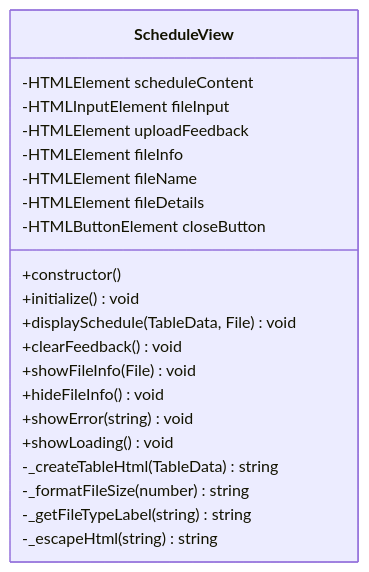
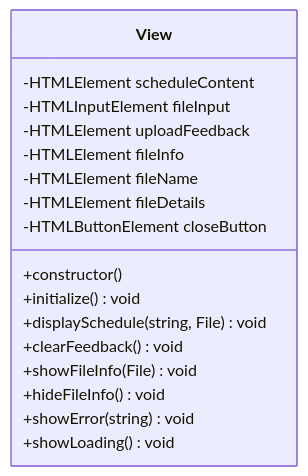
Before and after one commit to ahmetcankaratas/transformer: the fourth of 4 diagrams in HW1/JavaScript/README.md, drawn with Mermaid. The commit also changed other lines of this file, not shown here.

````diff
--- a/HW1/JavaScript/README.md
+++ b/HW1/JavaScript/README.md
@@ -124,24 +123,20 @@
 ```mermaid
 classDiagram
-    class ScheduleView {
+    class View {
         -HTMLElement scheduleContent
         -HTMLInputElement fileInput
         -HTMLElement uploadFeedback
         -HTMLElement fileInfo
         -HTMLElement fileName
         -HTMLElement fileDetails
         -HTMLButtonElement closeButton
         +constructor()
         +initialize() void
-        +displaySchedule(TableData, File) void
+        +displaySchedule(string, File) void
         +clearFeedback() void
         +showFileInfo(File) void
         +hideFileInfo() void
         +showError(string) void
         +showLoading() void
-        -_createTableHtml(TableData) string
-        -_formatFileSize(number) string
-        -_getFileTypeLabel(string) string
-        -_escapeHtml(string) string
     }
 ```
````
